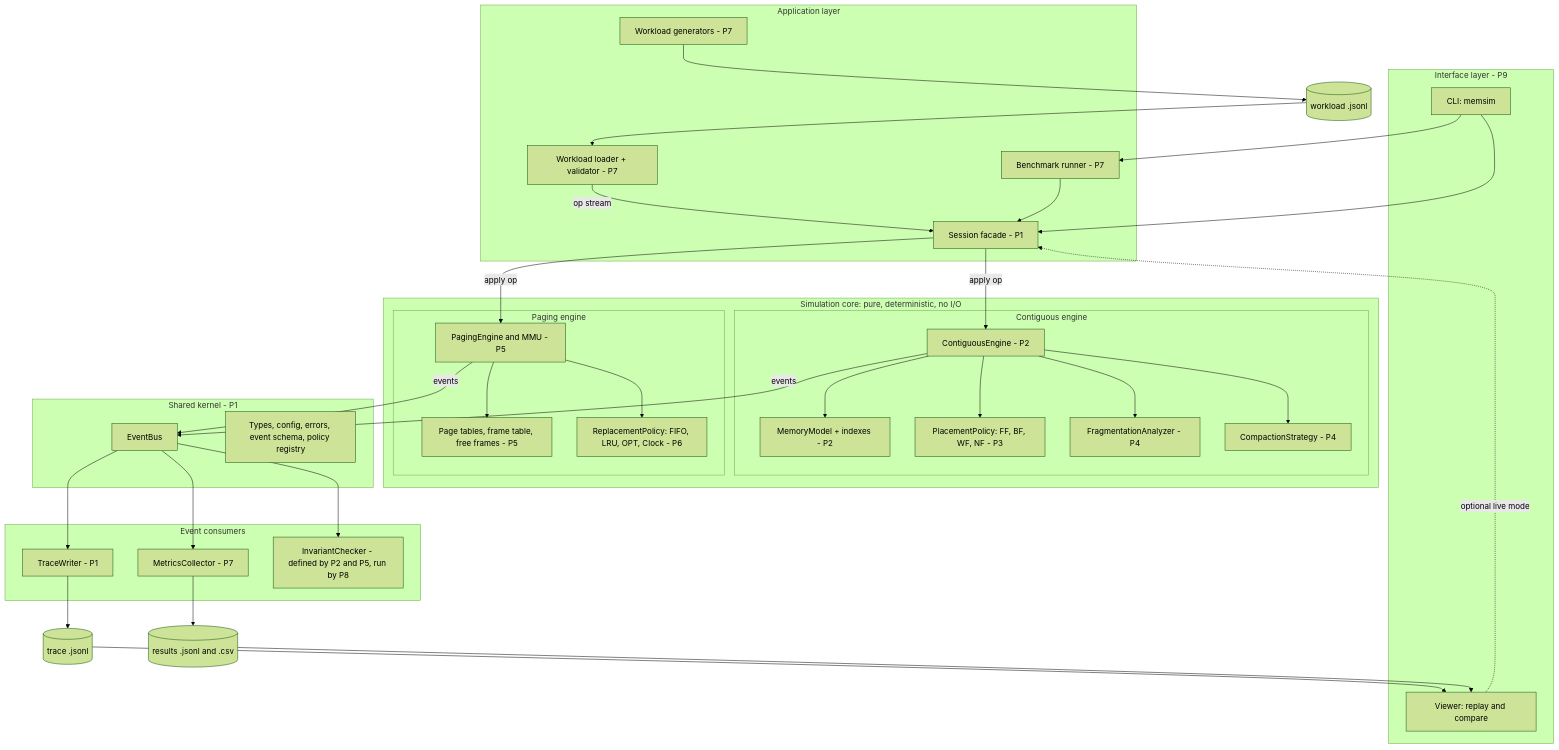
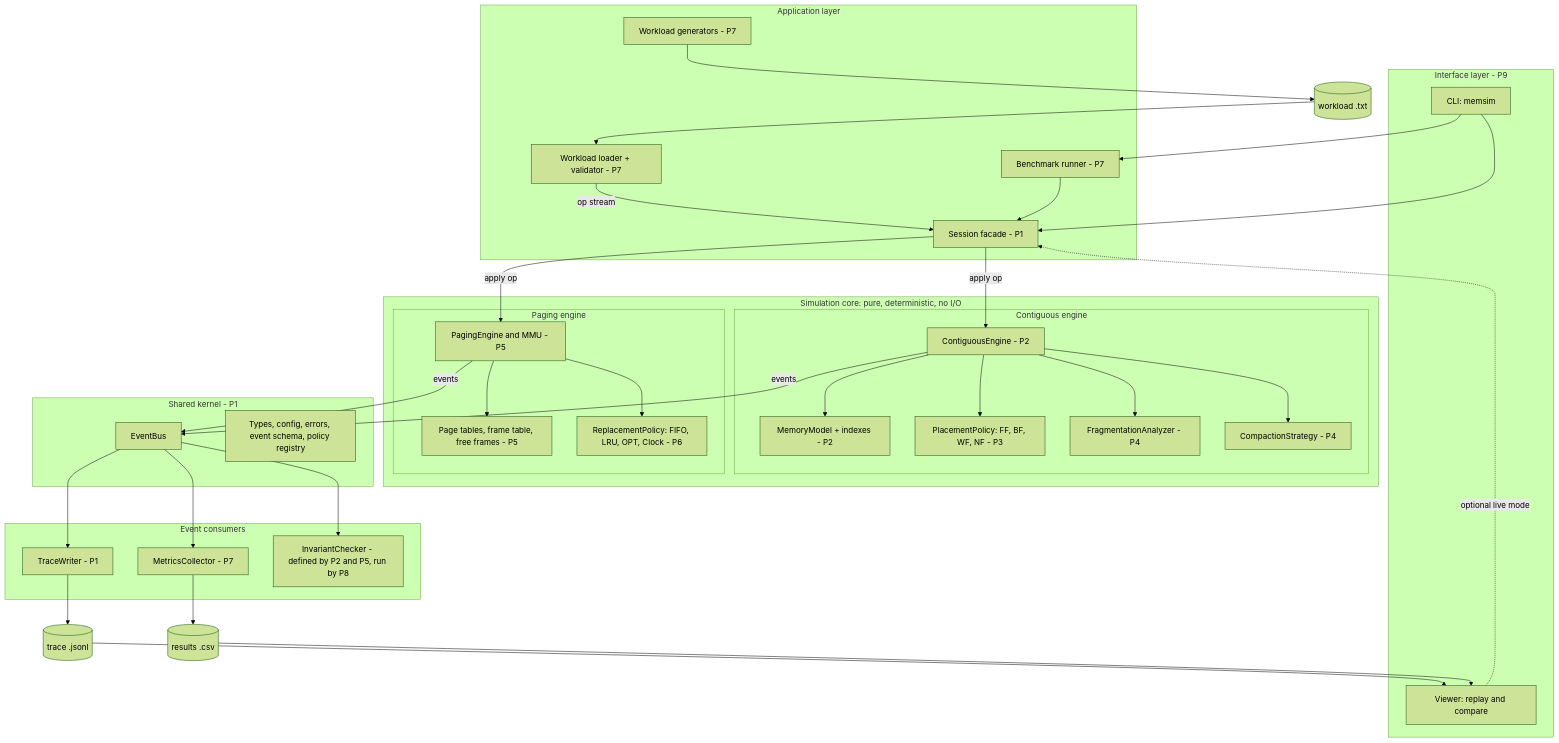
One commit to CyberKnight-cmd/memforge changed the first of 9 diagrams in docs/ARCHITECTURE.md. Above: the diagram before and after it, drawn with Mermaid (forest theme). The commit also changed other lines of this file and 1 other file, not shown here.

First line of the commit message:
docs: one-week delivery plan (architecture v0.3)

````diff
--- a/docs/ARCHITECTURE.md
+++ b/docs/ARCHITECTURE.md
@@ -123,64 +193,64 @@
 ```mermaid
 flowchart TB
   subgraph UI["Interface layer - P9"]
     CLI["CLI: memsim"]
     VIEW["Viewer: replay and compare"]
   end
   subgraph APP["Application layer"]
     GEN["Workload generators - P7"]
     LOAD["Workload loader + validator - P7"]
     SES["Session facade - P1"]
     BENCH["Benchmark runner - P7"]
   end
   subgraph CORE["Simulation core: pure, deterministic, no I/O"]
     subgraph CONT["Contiguous engine"]
       CE["ContiguousEngine - P2"]
       MM["MemoryModel + indexes - P2"]
       PP["PlacementPolicy: FF, BF, WF, NF - P3"]
       FA["FragmentationAnalyzer - P4"]
       CP["CompactionStrategy - P4"]
     end
     subgraph PAG["Paging engine"]
       PE["PagingEngine and MMU - P5"]
       PT["Page tables, frame table, free frames - P5"]
       RP["ReplacementPolicy: FIFO, LRU, OPT, Clock - P6"]
     end
   end
   subgraph KERNEL["Shared kernel - P1"]
     BUS["EventBus"]
     TYPES["Types, config, errors, event schema, policy registry"]
   end
   subgraph OBS["Event consumers"]
     TW["TraceWriter - P1"]
     MC["MetricsCollector - P7"]
     IC["InvariantChecker - defined by P2 and P5, run by P8"]
   end
-  WLF[("workload .jsonl")]
+  WLF[("workload .txt")]
   TRF[("trace .jsonl")]
-  RSF[("results .jsonl and .csv")]
+  RSF[("results .csv")]
 
   GEN --> WLF
   WLF --> LOAD
   LOAD -->|op stream| SES
   CLI --> SES
   CLI --> BENCH
   BENCH --> SES
   SES -->|apply op| CE
   SES -->|apply op| PE
   CE --> MM
   CE --> PP
   CE --> FA
   CE --> CP
   PE --> PT
   PE --> RP
   CE -->|events| BUS
   PE -->|events| BUS
   BUS --> TW
   BUS --> MC
   BUS --> IC
   TW --> TRF
   MC --> RSF
   TRF --> VIEW
   RSF --> VIEW
   VIEW -.->|optional live mode| SES
 ```
````
